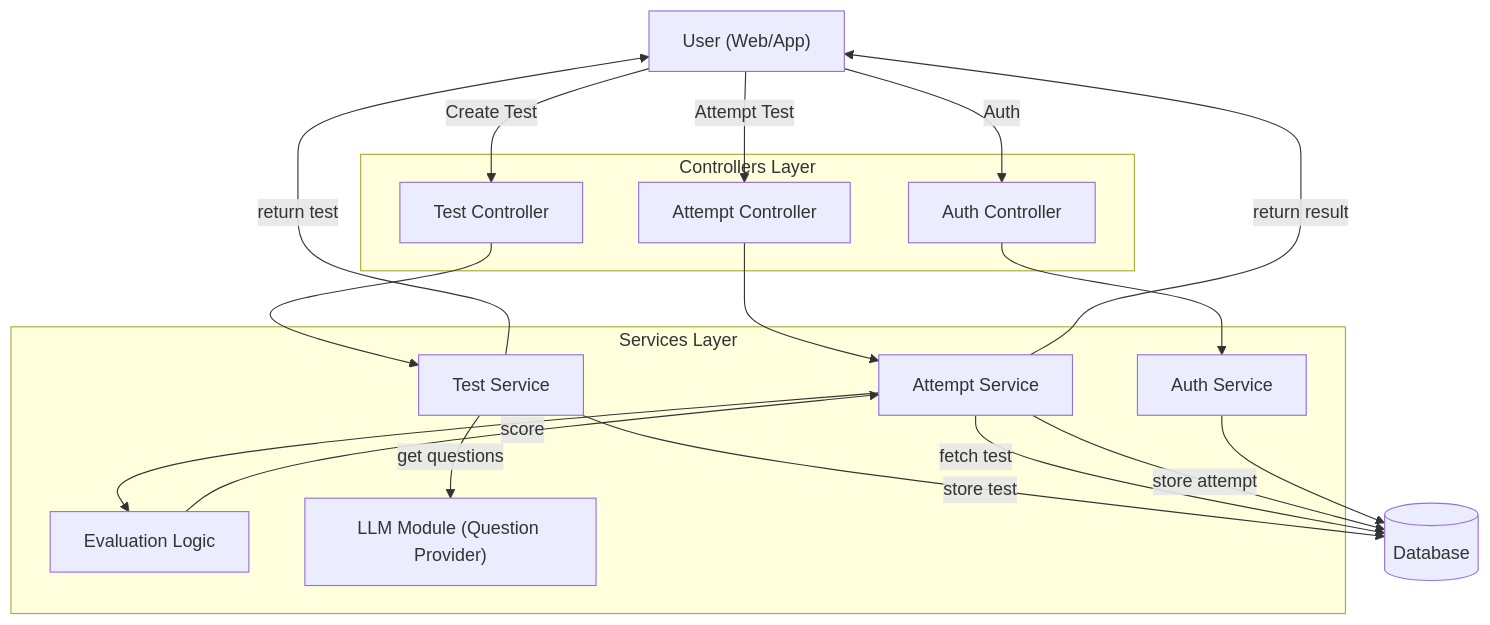
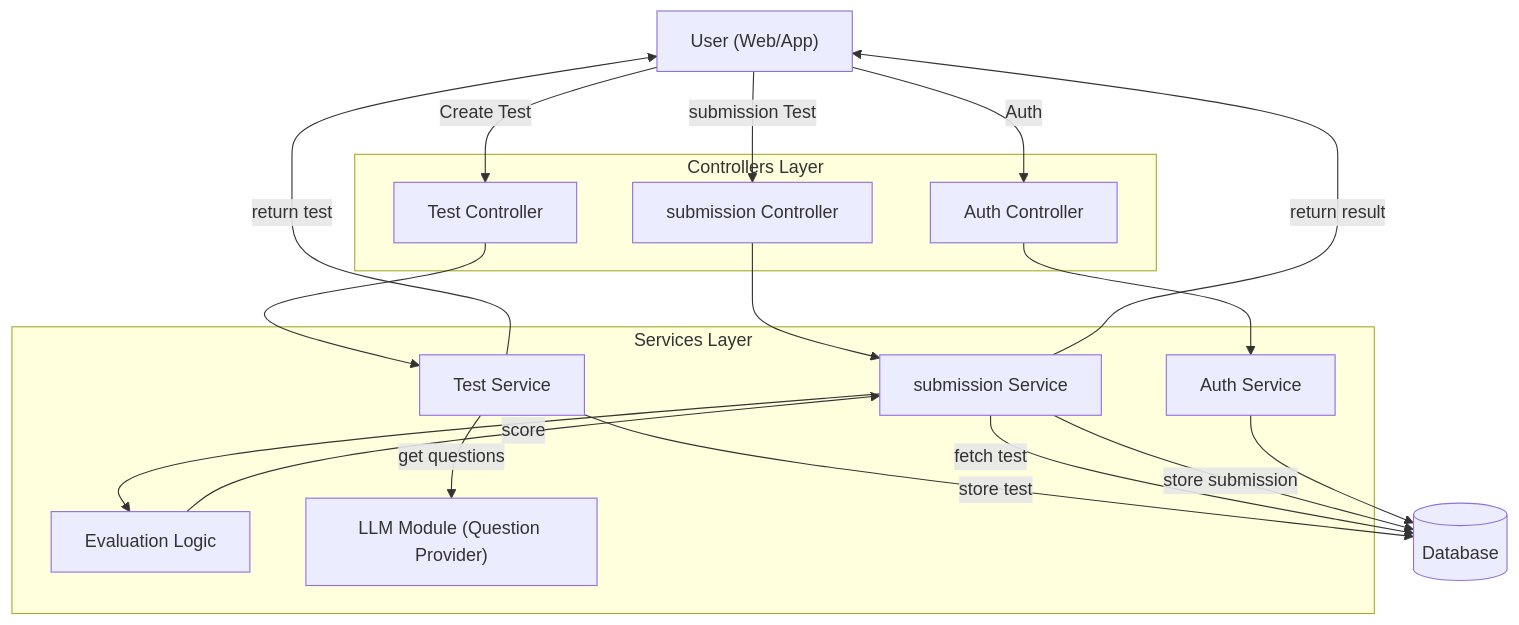
One commit to sharma-dikshant/TestFlow-Docs changed the first of 3 diagrams in docs/phase-1/architecture.md. Above: the diagram before and after it, drawn with Mermaid. The commit also changed other lines of this file and 1 other file, not shown here.

````diff
--- a/docs/phase-1/architecture.md
+++ b/docs/phase-1/architecture.md
@@ -5,48 +5,49 @@
 ```mermaid
 flowchart TD
 
     %% USER
     user["User (Web/App)"]
 
     %% CONTROLLERS
     subgraph controllers["Controllers Layer"]
         testCtrl["Test Controller"]
-        attemptCtrl["Attempt Controller"]
+        submissionCtrl["submission Controller"]
         authCtrl["Auth Controller"]
     end
 
     %% SERVICES
     subgraph services["Services Layer"]
         testService["Test Service"]
-        attemptService["Attempt Service"]
+        submissionService["submission Service"]
         evalService["Evaluation Logic"]
         llmService["LLM Module (Question Provider)"]
         authService["Auth Service"]
+
     end
 
     %% DATABASE
     db[(Database)]
 
     %% USER FLOW
     user -->|"Create Test"| testCtrl
-    user -->|"Attempt Test"| attemptCtrl
+    user -->|"submission Test"| submissionCtrl
     user -->|"Auth"| authCtrl
 
     %% TEST FLOW
     testCtrl --> testService
     testService -->|"get questions"| llmService
     testService -->|"store test"| db
     testService -->|"return test"| user
 
-    %% ATTEMPT FLOW
-    attemptCtrl --> attemptService
-    attemptService -->|"fetch test"| db
-    attemptService --> evalService
-    evalService -->|"score"| attemptService
-    attemptService -->|"store attempt"| db
-    attemptService -->|"return result"| user
+    %% submission FLOW
+    submissionCtrl --> submissionService
+    submissionService -->|"fetch test"| db
+    submissionService --> evalService
+    evalService -->|"score"| submissionService
+    submissionService -->|"store submission"| db
+    submissionService -->|"return result"| user
 
     %% AUTH FLOW
     authCtrl --> authService
     authService --> db
 ```
````
